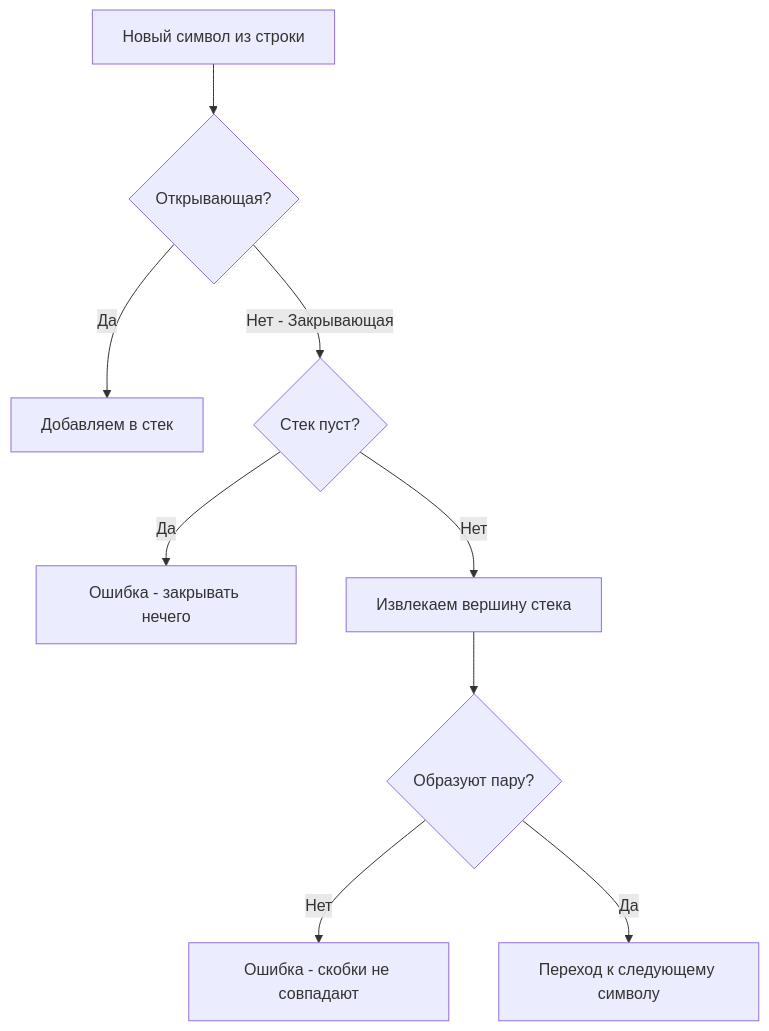
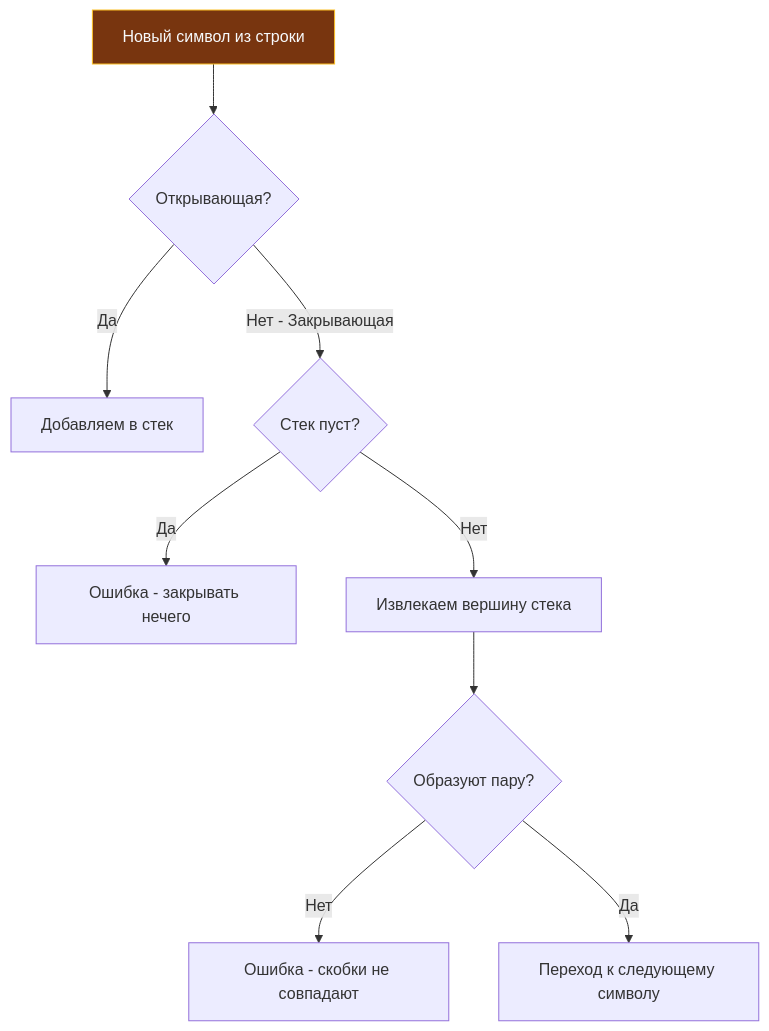
Before and after one commit to UnrealTemplier/go-textbook: the diagram in sources/21. Задачи с LeetCode и собеседований на Go/02. Задачи/06. Стек/3. Valid Parentheses.md, drawn with Mermaid. The commit also changed 1666 other files, not shown here.

First line of the commit message:
feat(mermaid): add semantic color classDef to 1369 colorless flowchart/graph diagrams

````diff
--- a/sources/21. Задачи с LeetCode и собеседований на Go/02. Задачи/06. Стек/3. Valid Parentheses.md
+++ b/sources/21. Задачи с LeetCode и собеседований на Go/02. Задачи/06. Стек/3. Valid Parentheses.md
@@ -22,14 +22,24 @@
 ```mermaid
 flowchart TD
-    Char["Новый символ из строки"] --> IsOpen{"Открывающая?"}
+    classDef process  fill:#1e293b,stroke:#38bdf8,stroke-width:1px,color:#f8fafc
+    classDef success  fill:#064e3b,stroke:#34d399,stroke-width:1px,color:#f8fafc
+    classDef error    fill:#7f1d1d,stroke:#f87171,stroke-width:1px,color:#f8fafc
+    classDef warning  fill:#78350f,stroke:#fbbf24,stroke-width:1px,color:#f8fafc
+    classDef entry    fill:#1e3a5f,stroke:#38bdf8,stroke-width:2px,color:#f8fafc
+    classDef aux      fill:#334155,stroke:#64748b,stroke-width:1px,color:#f8fafc
+    classDef system   fill:#312e81,stroke:#a78bfa,stroke-width:1px,color:#f8fafc
+    classDef data     fill:#132d29,stroke:#2dd4bf,stroke-width:1px,color:#f8fafc
+    classDef network  fill:#881337,stroke:#fb7185,stroke-width:1px,color:#f8fafc
+    classDef accent   fill:#1e1b4b,stroke:#818cf8,stroke-width:1px,color:#f8fafc
+    Char["Новый символ из строки"]:::warning --> IsOpen{"Открывающая?"}
     
     IsOpen -->|"Да"| Push["Добавляем в стек"]
     IsOpen -->|"Нет - Закрывающая"| CheckEmpty{"Стек пуст?"}
     
     CheckEmpty -->|"Да"| Error1["Ошибка - закрывать нечего"]
     CheckEmpty -->|"Нет"| Pop["Извлекаем вершину стека"]
     
     Pop --> Match{"Образуют пару?"}
     Match -->|"Нет"| Error2["Ошибка - скобки не совпадают"]
     Match -->|"Да"| Next["Переход к следующему символу"]
 ```
````
